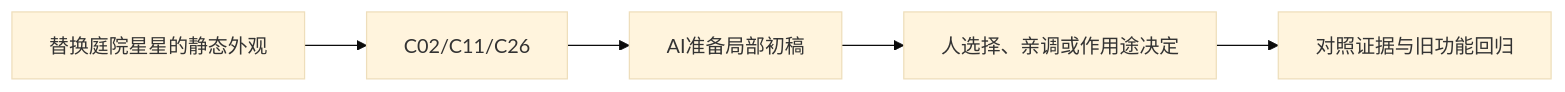
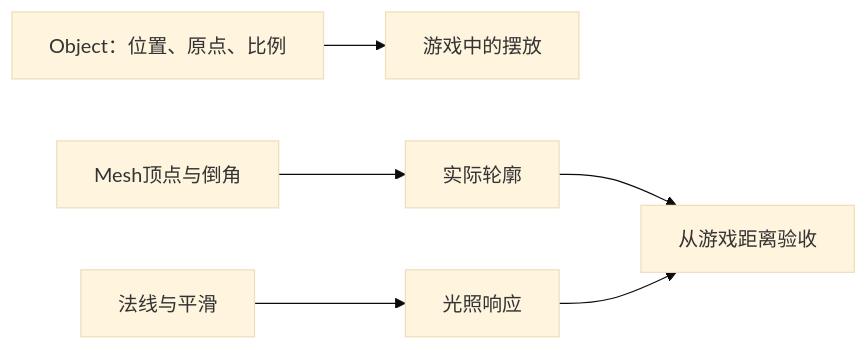
One commit to Zilur/ai-3d-game-learning changed the diagram in curriculum/lessons/B07.md. Above: the diagram before and after it, drawn with Mermaid (base theme). The commit also changed other lines of this file and 164 other files, not shown here.

Commit message:
docs: publish 47 step-by-step AI lesson flows, world upgrade and optional training corner

````diff
--- a/curriculum/lessons/B07.md
+++ b/curriculum/lessons/B07.md
@@ -38,7 +35,8 @@
 ```mermaid
 flowchart LR
-  S["替换庭院星星的静态外观"] --> K["C02/C11/C26"]
-  K --> AI["AI准备局部初稿"]
-  AI --> H["人选择、亲调或作用途决定"]
-  H --> V["对照证据与旧功能回归"]
+ O["Object：位置、原点、比例"] --> S["游戏中的摆放"]
+ G["Mesh顶点与倒角"] --> L["实际轮廓"]
+ N["法线与平滑"] --> H["光照响应"]
+ L --> Q["从游戏距离验收"]
+ H --> Q
 ```
````
